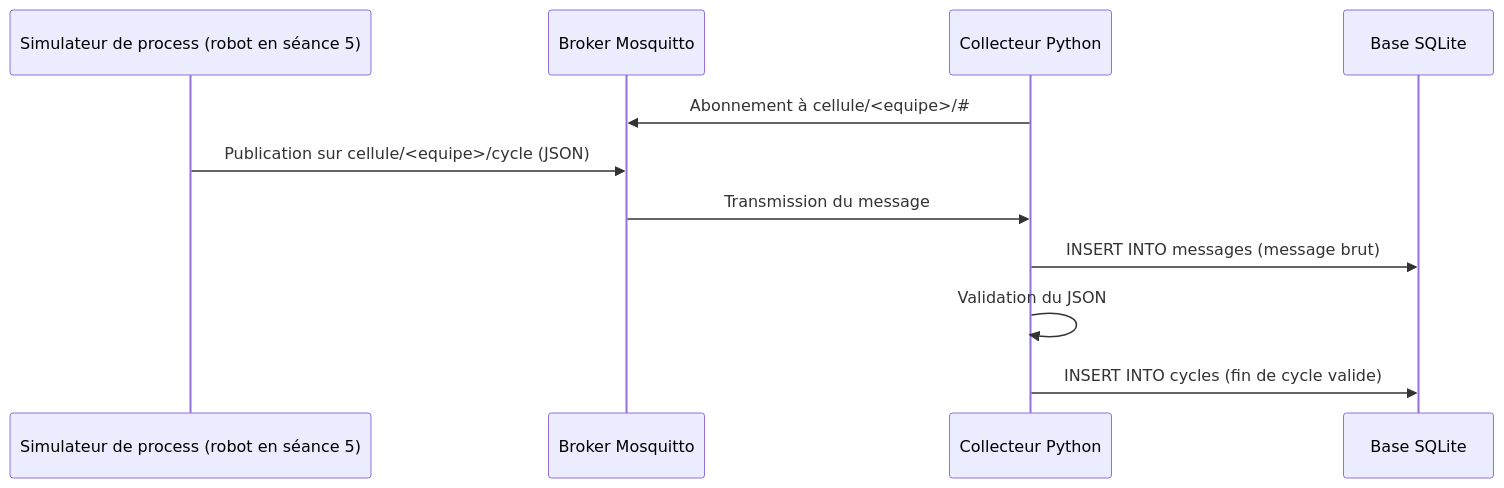
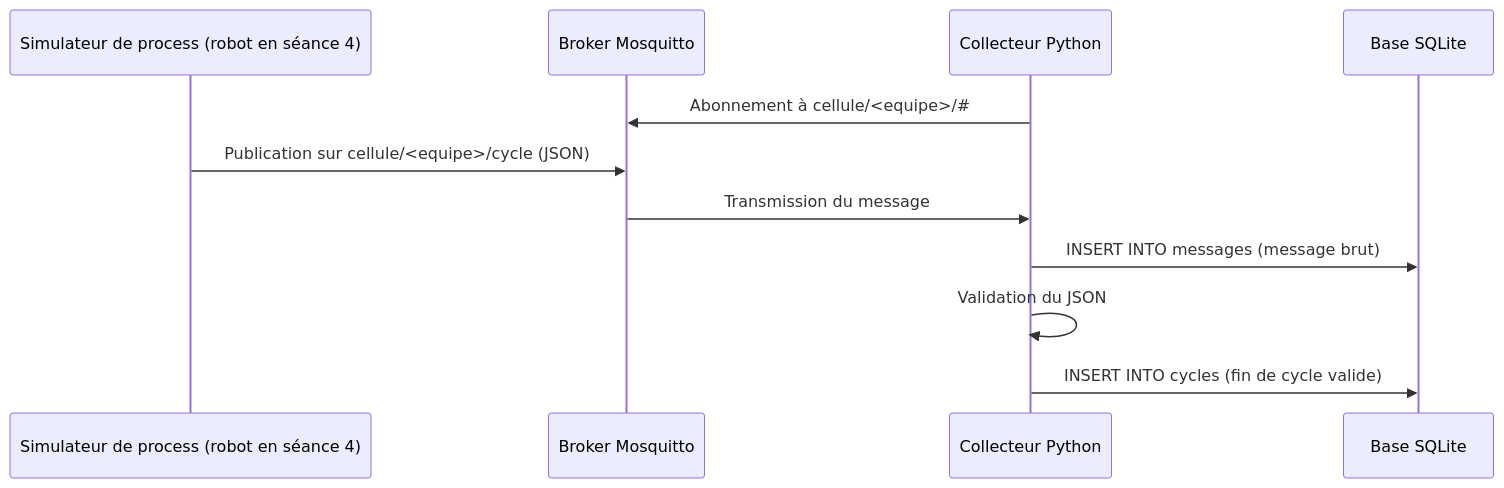
The second of 4 diagrams in progression_pedagogique/BACHINGE24.md (fabrice1618/niryo2), drawn with Mermaid before and after one commit. The commit also changed other lines of this file and 47 other files, not shown here.

````diff
--- a/progression_pedagogique/BACHINGE24.md
+++ b/progression_pedagogique/BACHINGE24.md
@@ -235,13 +250,13 @@
 ```mermaid
 sequenceDiagram
-    participant SIM as Simulateur de process (robot en séance 5)
+    participant SIM as Simulateur de process (robot en séance 4)
     participant B as Broker Mosquitto
     participant C as Collecteur Python
     participant DB as Base SQLite
     C->>B: Abonnement à cellule/<equipe>/#35;
     SIM->>B: Publication sur cellule/<equipe>/cycle (JSON)
     B->>C: Transmission du message
     C->>DB: INSERT INTO messages (message brut)
     C->>C: Validation du JSON
     C->>DB: INSERT INTO cycles (fin de cycle valide)
 ```
````
